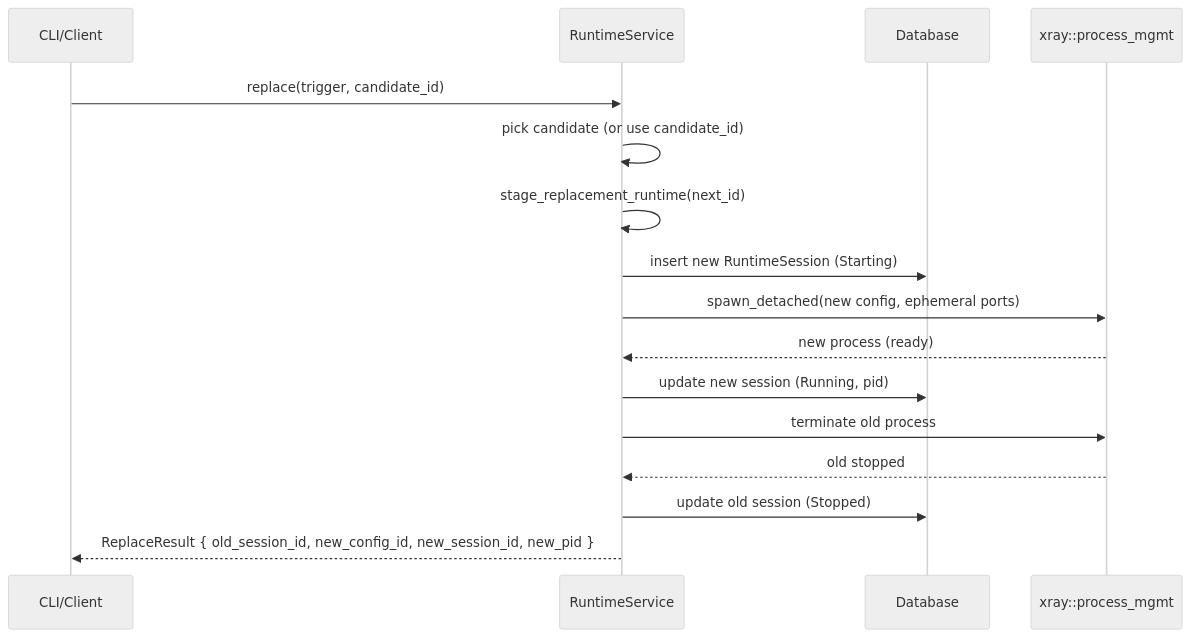
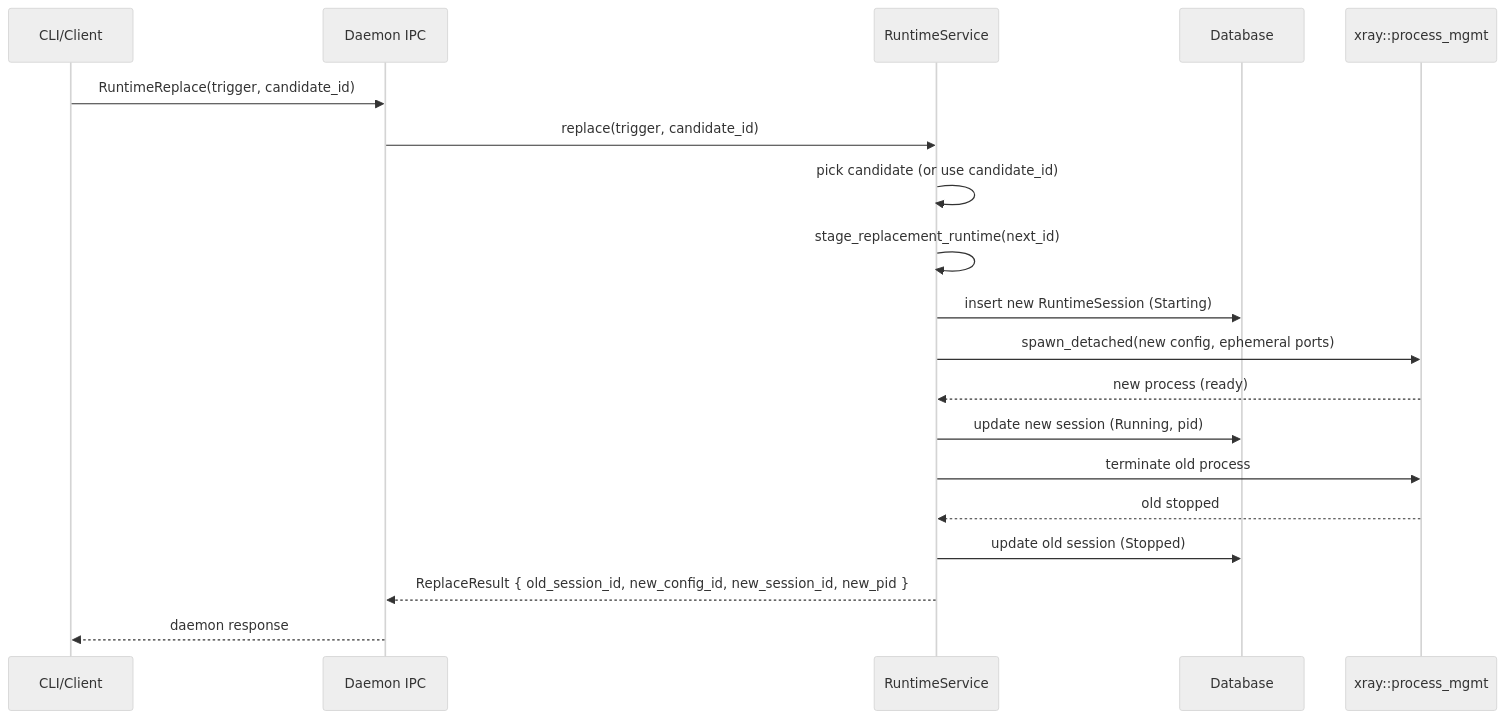
One commit to mhyrzt/xrat changed the second of 3 diagrams in docs/src/06-architecture/runtime-lifecycle.md. Above: the diagram before and after it, drawn with Mermaid (neutral theme). The commit also changed other lines of this file and 19 other files, not shown here.

````diff
--- a/docs/src/06-architecture/runtime-lifecycle.md
+++ b/docs/src/06-architecture/runtime-lifecycle.md
@@ -117,19 +121,22 @@
 ```mermaid
 sequenceDiagram
     participant CLI as CLI/Client
+    participant D as Daemon IPC
     participant RS as RuntimeService
     participant DB as Database
     participant XM as xray::process_mgmt
 
-    CLI->>RS: replace(trigger, candidate_id)
+    CLI->>D: RuntimeReplace(trigger, candidate_id)
+    D->>RS: replace(trigger, candidate_id)
     RS->>RS: pick candidate (or use candidate_id)
     RS->>RS: stage_replacement_runtime(next_id)
     RS->>DB: insert new RuntimeSession (Starting)
     RS->>XM: spawn_detached(new config, ephemeral ports)
     XM-->>RS: new process (ready)
     RS->>DB: update new session (Running, pid)
     RS->>XM: terminate old process
     XM-->>RS: old stopped
     RS->>DB: update old session (Stopped)
-    RS-->>CLI: ReplaceResult { old_session_id, new_config_id, new_session_id, new_pid }
+    RS-->>D: ReplaceResult { old_session_id, new_config_id, new_session_id, new_pid }
+    D-->>CLI: daemon response
 ```
````
